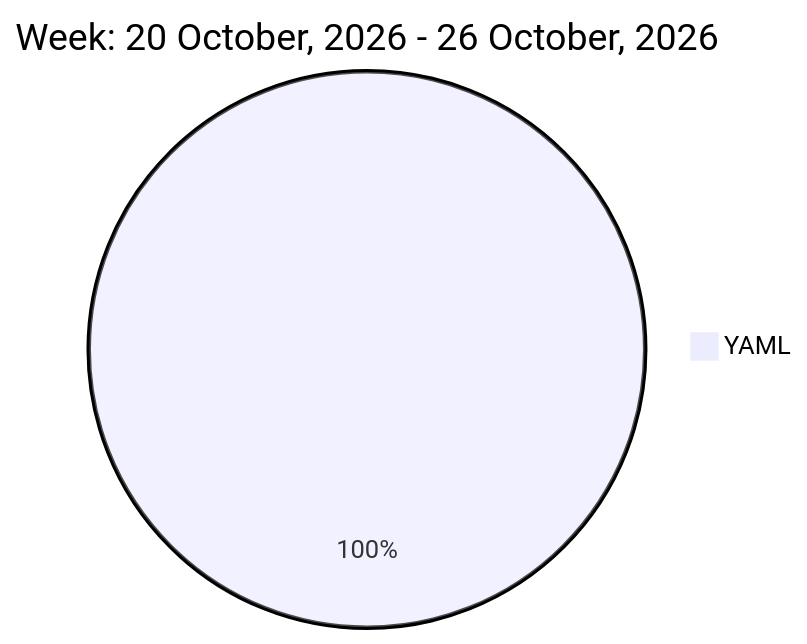
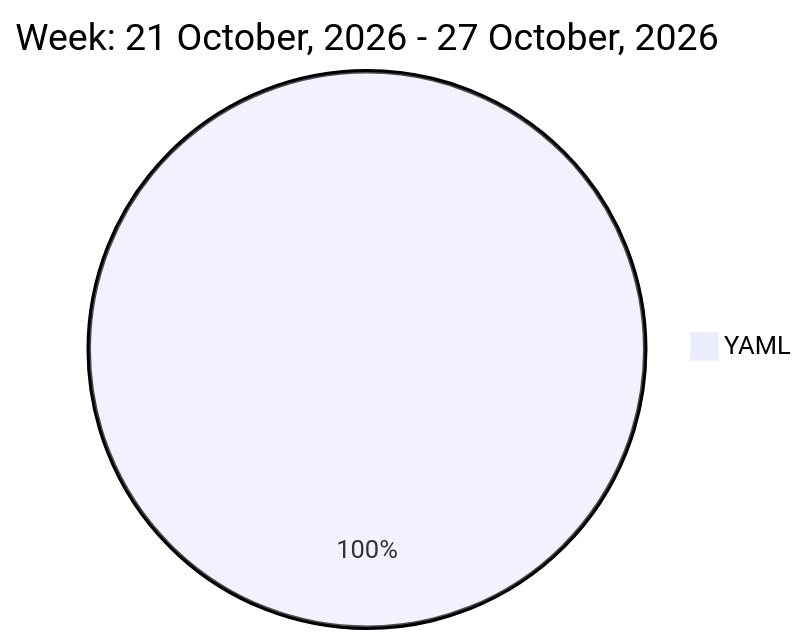
The diagram in README.md (liubin95/liubin95), drawn with Mermaid before and after one commit.

Commit message:
Updated the Graph with new Metrics

````diff
--- a/README.md
+++ b/README.md
@@ -32,5 +32,5 @@
 ```mermaid
  pie
-title Week: 20 October, 2026 - 26 October, 2026
- "YAML" : 3.42
+title Week: 21 October, 2026 - 27 October, 2026
+ "YAML" : 3.95
 ```
````
